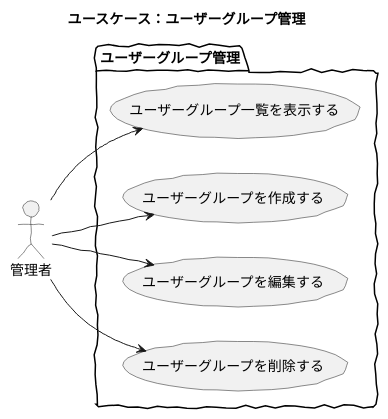
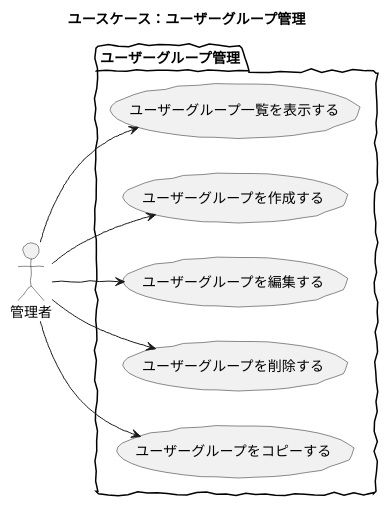
The diagram in src/puml/5/ucmitz/use_case/user_groups.puml (baserproject/baserproject.github.io), drawn with PlantUML before and after one commit. The commit also changed 1 other file, not shown here.

```diff
--- a/src/puml/5/ucmitz/use_case/user_groups.puml
+++ b/src/puml/5/ucmitz/use_case/user_groups.puml
@@ -1,16 +1,17 @@
 @startuml
 skinparam handwritten true
 
 title ユースケース：ユーザーグループ管理
 
 actor 管理者
 
 package ユーザーグループ管理 {
 	left to right direction
 	管理者 --> (ユーザーグループ一覧を表示する)
 	管理者 --> (ユーザーグループを作成する)
 	管理者 --> (ユーザーグループを編集する)
 	管理者 --> (ユーザーグループを削除する)
+	管理者 --> (ユーザーグループをコピーする)
 }
 
 @enduml
```
